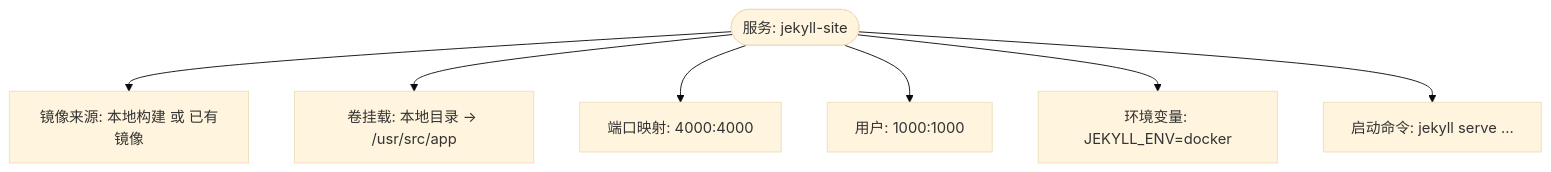
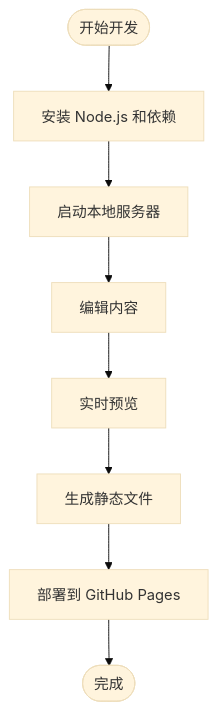
One commit to CoolPig0720/CoolPig0720.github.io changed the fourth of 6 diagrams in .qoder/repowiki/zh/content/部署和维护/Docker 容器化部署.md. Above: the diagram before and after it, drawn with Mermaid (base theme). The commit also changed other lines of this file and 36 other files, not shown here.

````diff
--- a/.qoder/repowiki/zh/content/部署和维护/Docker 容器化部署.md
+++ b/.qoder/repowiki/zh/content/部署和维护/Docker 容器化部署.md
@@ -193,9 +185,10 @@
 ```mermaid
 flowchart TD
-S(["服务: jekyll-site"]) --> Img["镜像来源: 本地构建 或 已有镜像"]
-S --> Vol["卷挂载: 本地目录 -> /usr/src/app"]
-S --> Port["端口映射: 4000:4000"]
-S --> User["用户: 1000:1000"]
-S --> Env["环境变量: JEKYLL_ENV=docker"]
-S --> Cmd["启动命令: jekyll serve ..."]
+Start(["开始开发"]) --> Install["安装 Node.js 和依赖"]
+Install --> Server["启动本地服务器"]
+Server --> Edit["编辑内容"]
+Edit --> Preview["实时预览"]
+Preview --> Build["生成静态文件"]
+Build --> Deploy["部署到 GitHub Pages"]
+Deploy --> End(["完成"])
 ```
````
